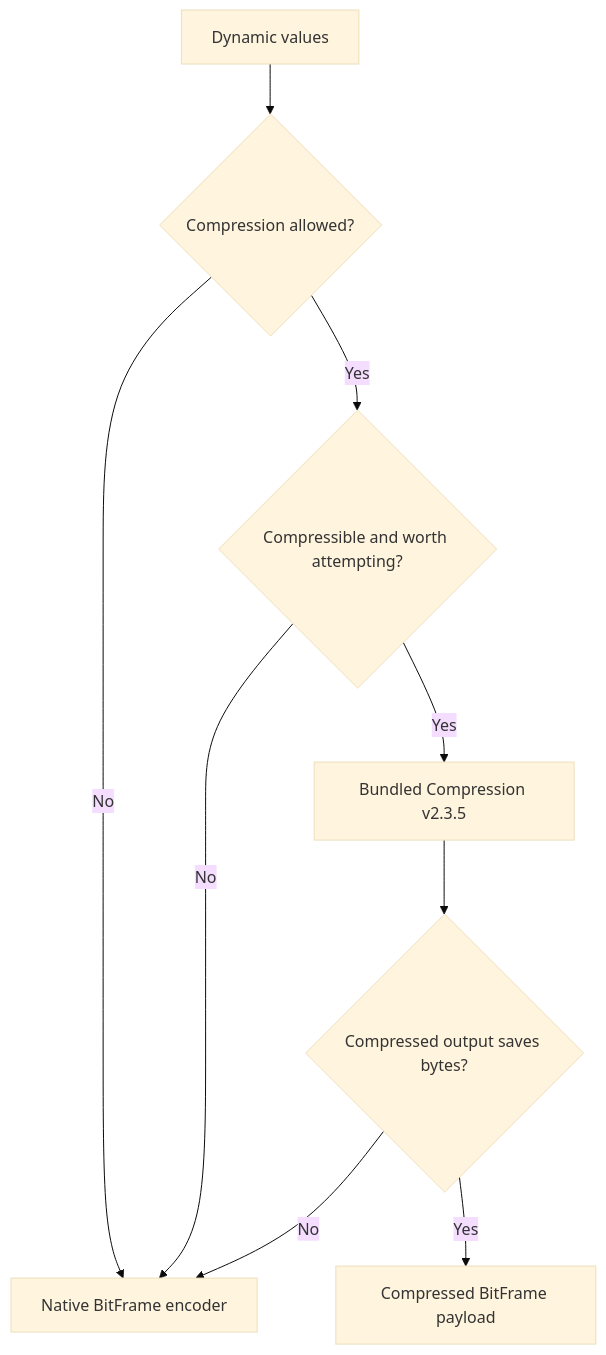
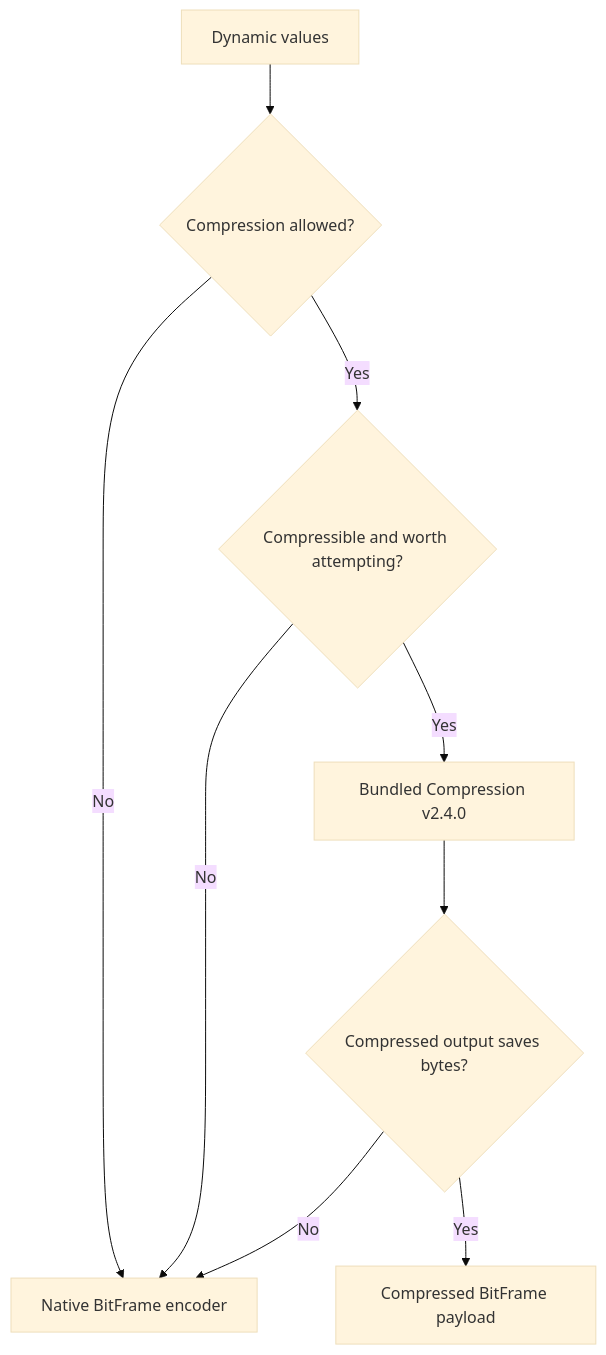
Before and after one commit to SillyDev2026/NetStreamV2: the third of 4 diagrams in README.md, drawn with Mermaid (base theme). The commit also changed other lines of this file and 73 other files, not shown here.

````diff
--- a/README.md
+++ b/README.md
@@ -178,11 +178,11 @@
 ```mermaid
 flowchart TD
     A["Dynamic values"] --> B{"Compression allowed?"}
     B -- No --> F["Native BitFrame encoder"]
     B -- Yes --> C{"Compressible and worth attempting?"}
     C -- No --> F
-    C -- Yes --> D["Bundled Compression v2.3.5"]
+    C -- Yes --> D["Bundled Compression v2.4.0"]
     D --> E{"Compressed output saves bytes?"}
     E -- Yes --> G["Compressed BitFrame payload"]
     E -- No --> F
 ```
````
